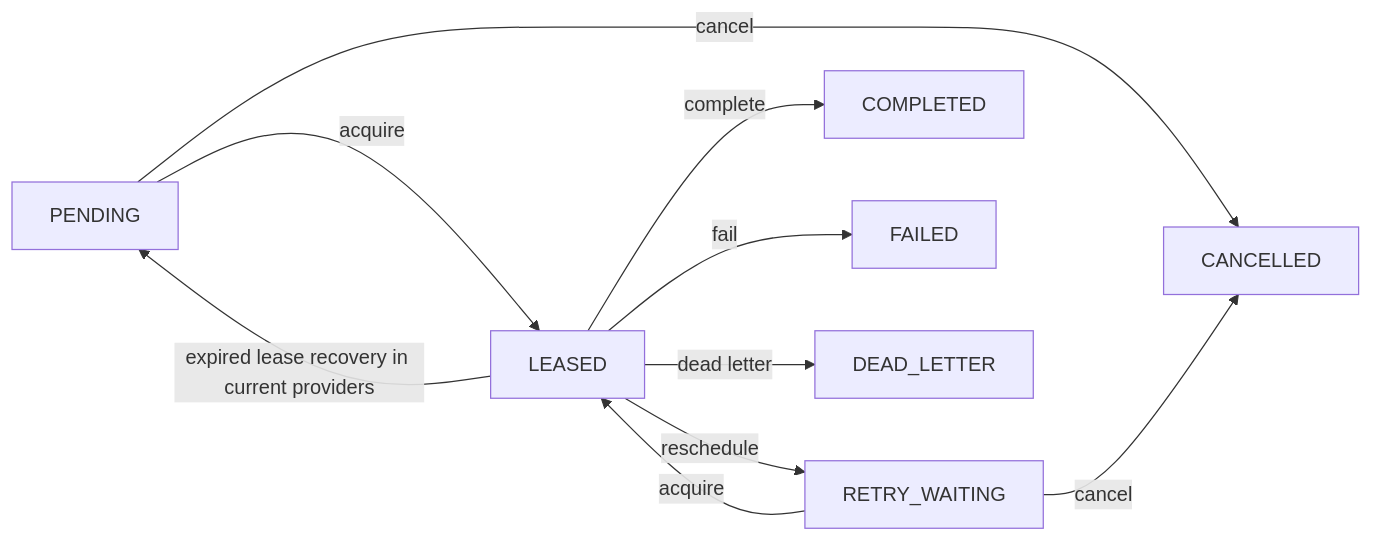
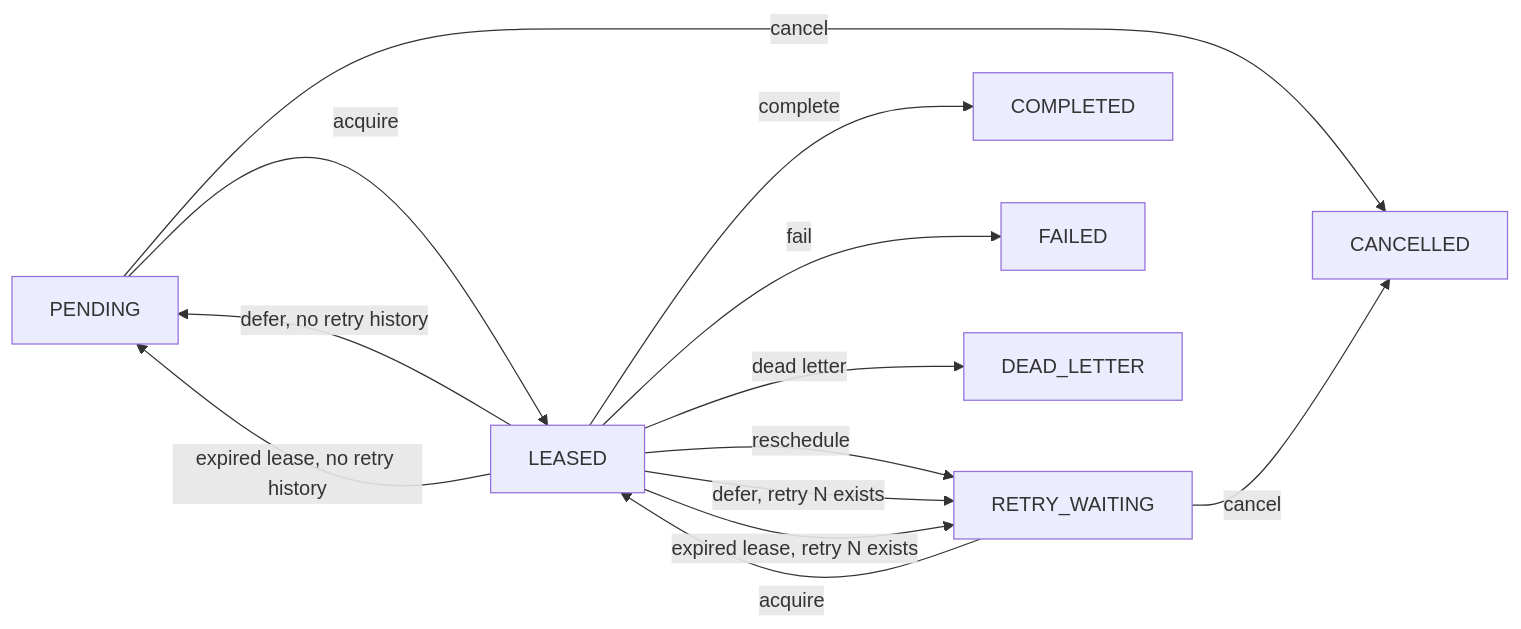
The diagram in docs/api/queue-provider.md (dataloom-sdk/dataloom), drawn with Mermaid before and after one commit. The commit also changed other lines of this file and 51 other files, not shown here.

First line of the commit message:
[skip ci] fix(queue): preserve retry history across deferral and recovery (#107)

````diff
--- a/docs/api/queue-provider.md
+++ b/docs/api/queue-provider.md
@@ -19,12 +20,15 @@
 ```mermaid
 flowchart LR
     Pending[PENDING] -->|acquire| Leased[LEASED]
     Waiting[RETRY_WAITING] -->|acquire| Leased
     Leased -->|complete| Completed[COMPLETED]
     Leased -->|reschedule| Waiting
+    Leased -->|defer, no retry history| Pending
+    Leased -->|defer, retry N exists| Waiting
     Leased -->|fail| Failed[FAILED]
     Leased -->|dead letter| Dead[DEAD_LETTER]
     Pending -->|cancel| Cancelled[CANCELLED]
     Waiting -->|cancel| Cancelled
-    Leased -->|expired lease recovery in current providers| Pending
+    Leased -->|expired lease, no retry history| Pending
+    Leased -->|expired lease, retry N exists| Waiting
 ```
````
